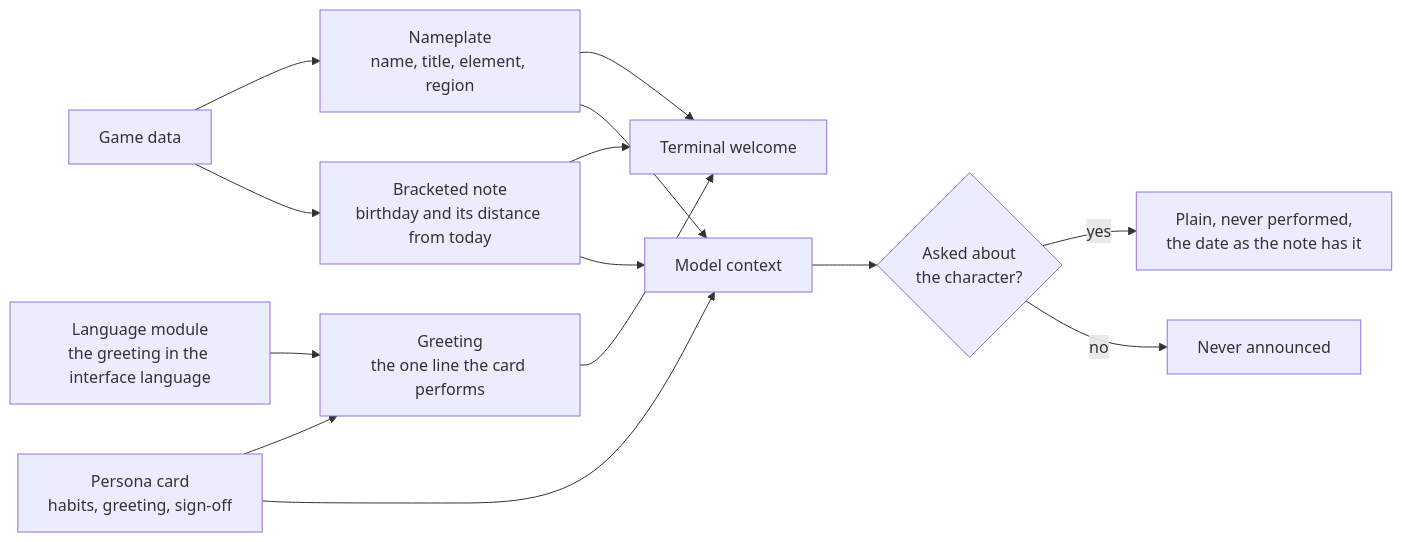
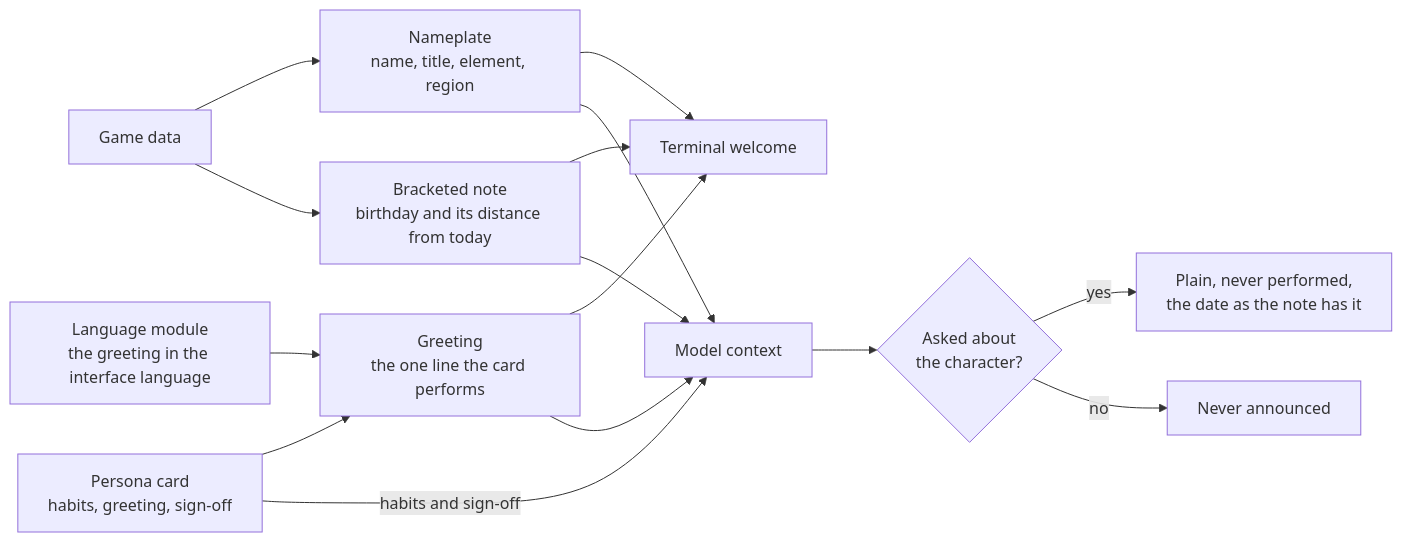
Before and after one commit to Esposter/Esposter: the fourth of 6 diagrams in apps/web/content/docs/infra/claude-interface/persona-plugin.md, drawn with Mermaid. The commit also changed other lines of this file and 5 other files, not shown here.

First line of the commit message:
fix(genshin-persona): the card a verb prints greets in the interface language, as the welcome does

````diff
--- a/apps/web/content/docs/infra/claude-interface/persona-plugin.md
+++ b/apps/web/content/docs/infra/claude-interface/persona-plugin.md
@@ -152,25 +152,26 @@
 ```mermaid
 flowchart LR
     Data["Game data"]
     PersonaCard["Persona card<br/>habits, greeting, sign-off"]
     Headline["Nameplate<br/>name, title, element, region"]
     Note["Bracketed note<br/>birthday and its distance from today"]
     Language["Language module<br/>the greeting in the interface language"]
     Greeting["Greeting<br/>the one line the card performs"]
     Terminal["Terminal welcome"]
     Context["Model context"]
     Asked{Asked about<br/>the character?}
     Answer["Plain, never performed,<br/>the date as the note has it"]
     Silent["Never announced"]
 
     Data --> Headline --> Terminal
     Data --> Note --> Terminal
     PersonaCard --> Greeting --> Terminal
     Language --> Greeting
+    Greeting --> Context
     Headline --> Context
     Note --> Context
-    PersonaCard --> Context
+    PersonaCard -- "habits and sign-off" --> Context
     Context --> Asked
     Asked -- yes --> Answer
     Asked -- no --> Silent
 ```
````
